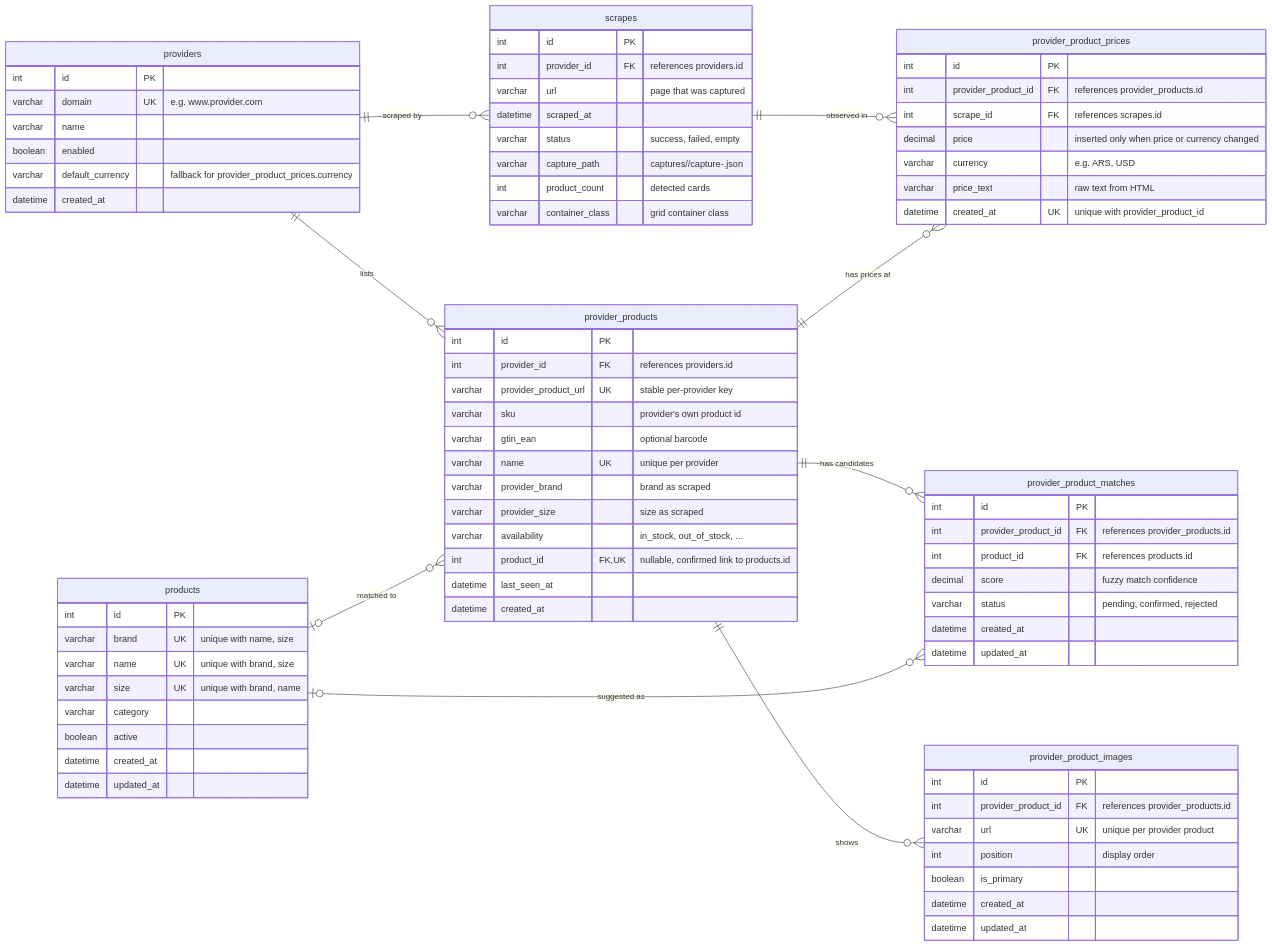
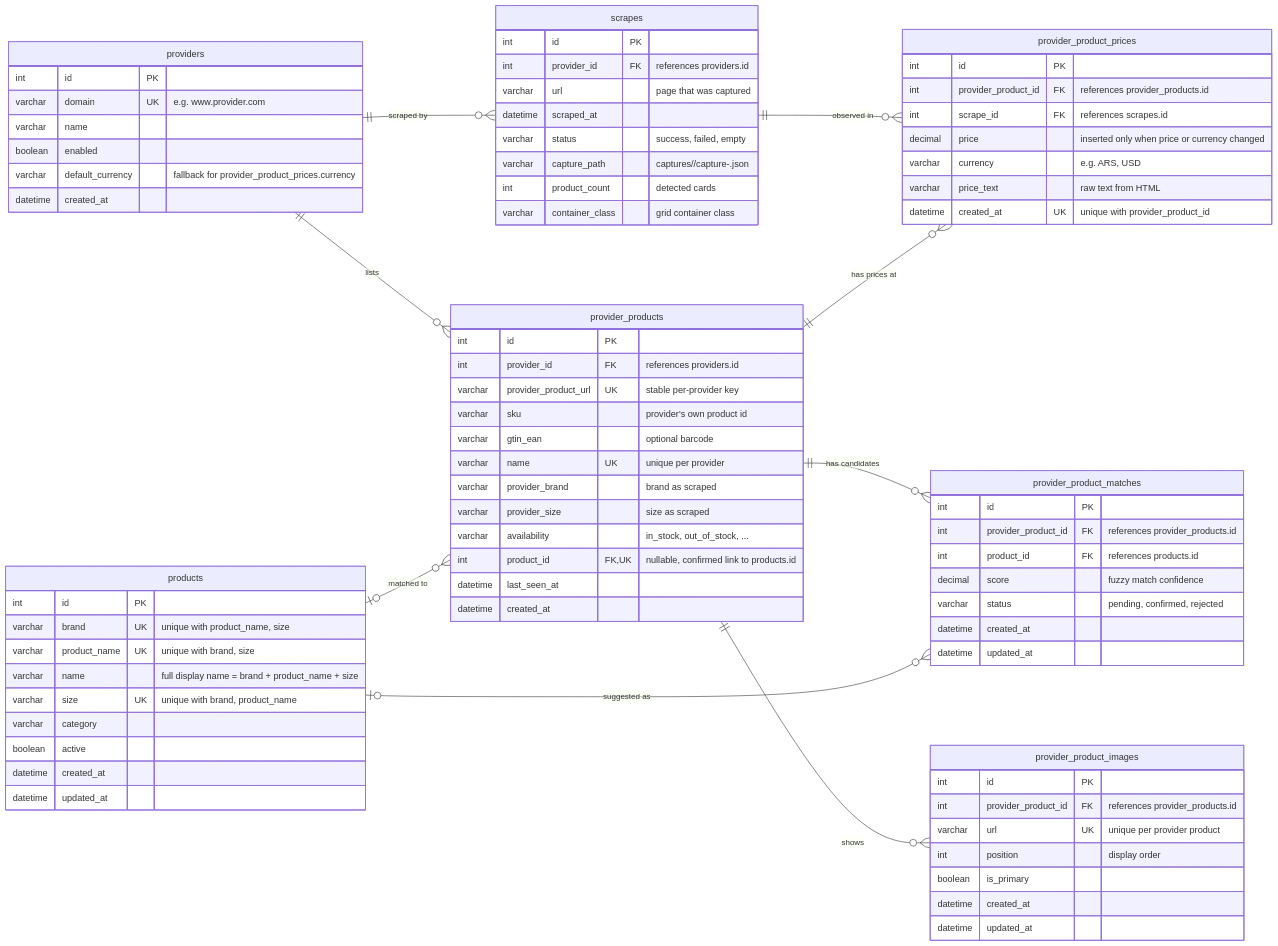
One commit to romayengineer/price_hunter changed the diagram in DATABASE.md. Above: the diagram before and after it, drawn with Mermaid. The commit also changed other lines of this file and 2 other files, not shown here.

Commit message:
products.name is now the full_name

```diff
--- a/DATABASE.md
+++ b/DATABASE.md
@@ -17,9 +17,10 @@
 
     products {
         int id PK
-        varchar brand UK "unique with name, size"
-        varchar name UK "unique with brand, size"
-        varchar size UK "unique with brand, name"
+        varchar brand UK "unique with product_name, size"
+        varchar product_name UK "unique with brand, size"
+        varchar name "full display name = brand + product_name + size"
+        varchar size UK "unique with brand, product_name"
         varchar category
         boolean active
         datetime created_at
```
